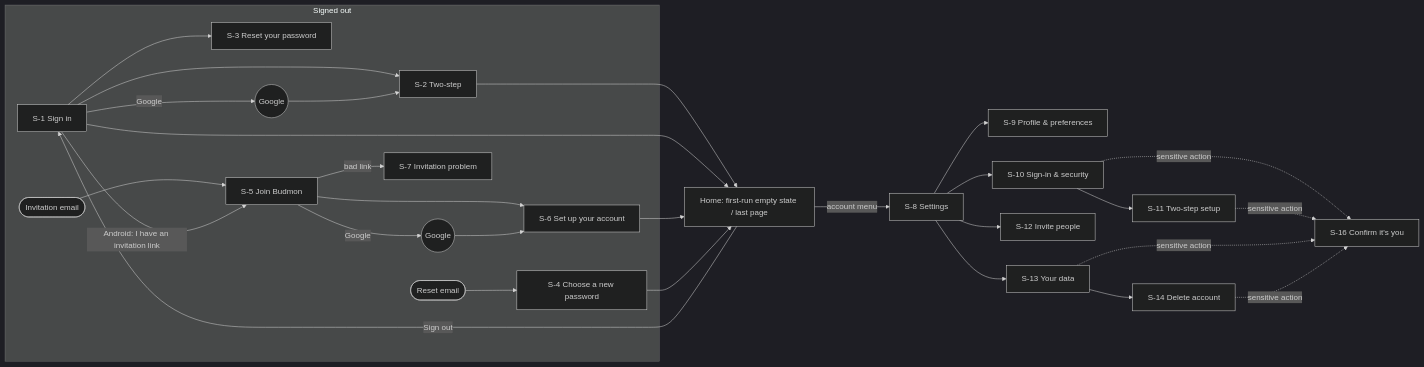
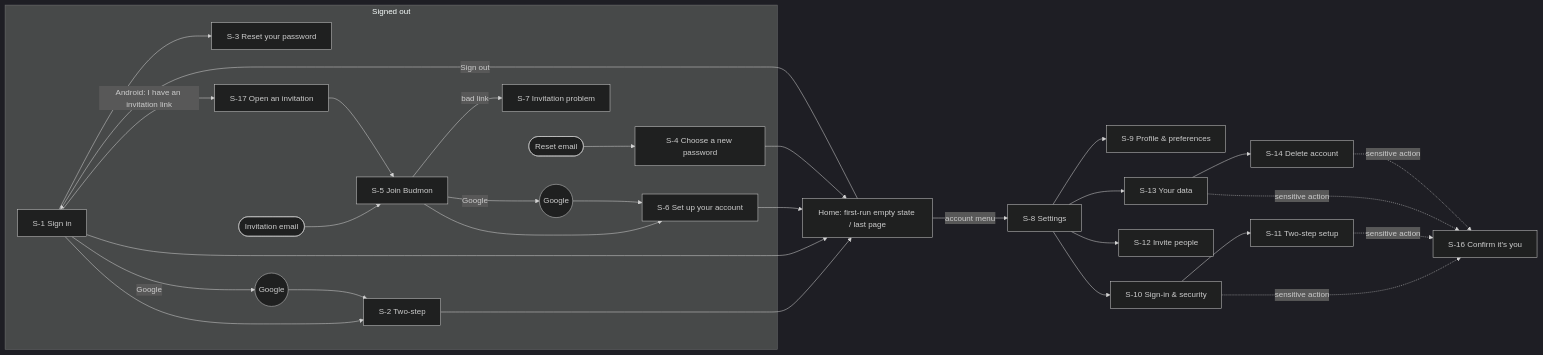
The second of 9 diagrams in docs/design/identity/hld.md (ali-hy/Budmon), drawn with Mermaid (dark theme) before and after one commit. The commit also changed other lines of this file and 1 other file, not shown here.

````diff
--- a/docs/design/identity/hld.md
+++ b/docs/design/identity/hld.md
@@ -452,27 +508,27 @@
 ```mermaid
 flowchart LR
   subgraph Out[Signed out]
     SI[S-1 Sign in] --> TS[S-2 Two-step]
     SI --> FP[S-3 Reset your password]
     EmailR([Reset email]) --> NP[S-4 Choose a new password]
     EmailI([Invitation email]) --> JB[S-5 Join Budmon]
-    SI -- Android: I have an invitation link --> JB
+    SI -- Android: I have an invitation link --> PL[S-17 Open an invitation] --> JB
     JB --> SU[S-6 Set up your account]
     JB -- bad link --> IP[S-7 Invitation problem]
     JB -- Google --> G((Google)) --> SU
     SI -- Google --> G2((Google)) --> TS
   end
   TS --> Home[Home: first-run empty state / last page]
   SI --> Home
   SU --> Home
   NP --> Home
   Home -- account menu --> ST[S-8 Settings]
   ST --> PP[S-9 Profile & preferences]
   ST --> SS[S-10 Sign-in & security]
   SS --> TSS[S-11 Two-step setup]
   ST --> IV[S-12 Invite people]
   ST --> YD[S-13 Your data]
   YD --> DA[S-14 Delete account]
   SS & TSS & YD & DA -. sensitive action .-> CI[S-16 Confirm it's you]
   Home -- Sign out --> SI
 ```
````
